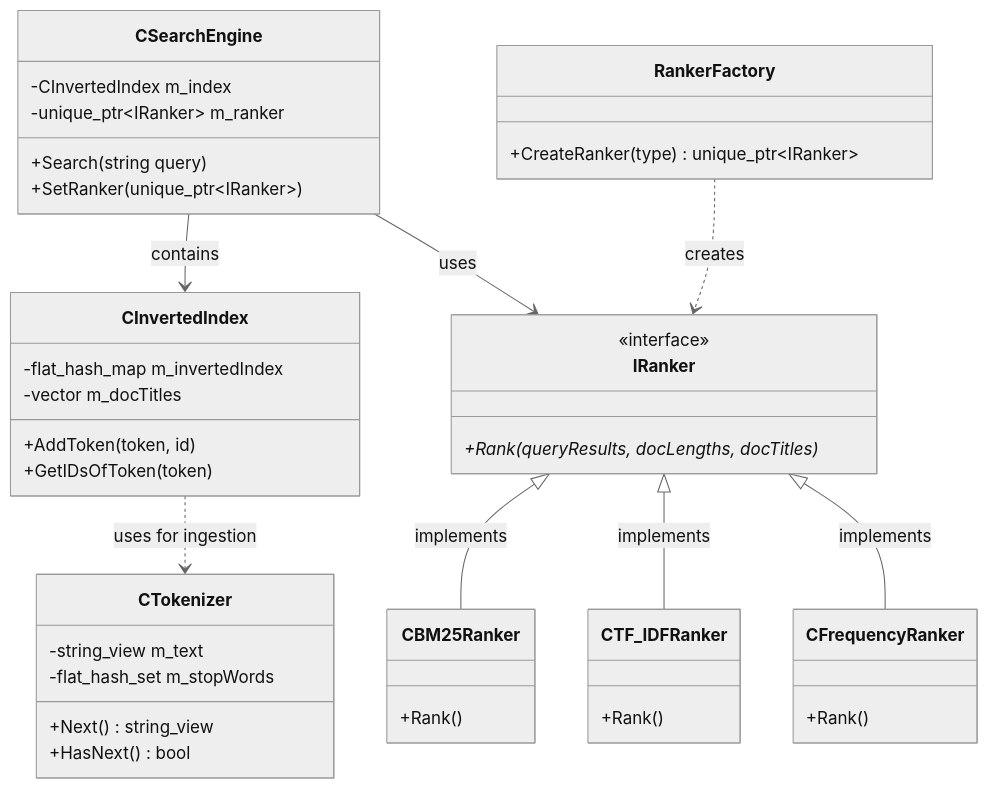
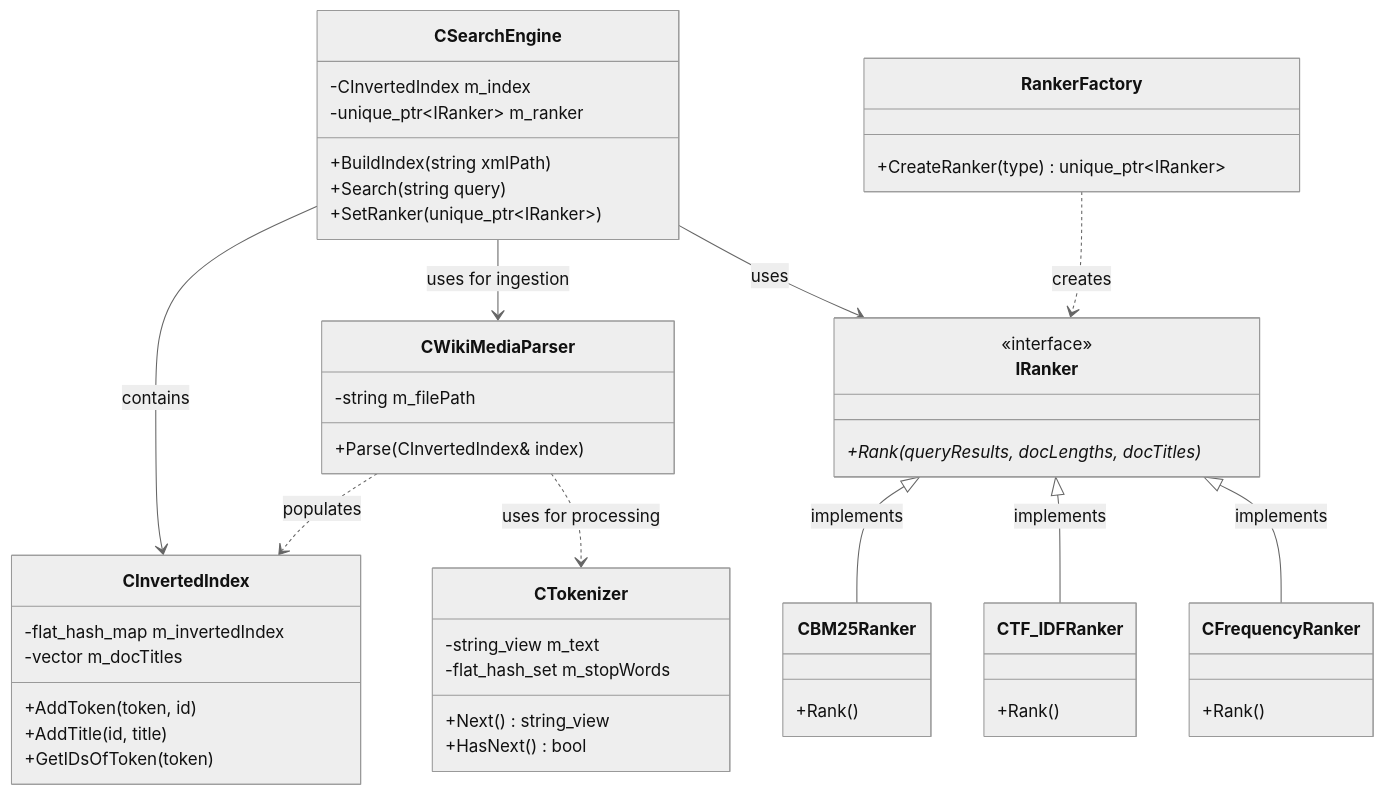
Before and after one commit to HaimAsh/SearchEngine: the diagram in README.md, drawn with Mermaid (neutral theme).

Commit message:
added CWikimediaParser

````diff
--- a/README.md
+++ b/README.md
@@ -26,52 +26,61 @@
 ```mermaid
 classDiagram
-class CSearchEngine {
--CInvertedIndex m_index
--unique_ptr~IRanker~ m_ranker
-+Search(string query)
-+SetRanker(unique_ptr~IRanker~)
-}
+    class CSearchEngine {
+        -CInvertedIndex m_index
+        -unique_ptr~IRanker~ m_ranker
+        +BuildIndex(string xmlPath)
+        +Search(string query)
+        +SetRanker(unique_ptr~IRanker~)
+    }
+
+    class CWikiMediaParser {
+        -string m_filePath
+        +Parse(CInvertedIndex& index)
+    }
 
     class CTokenizer {
         -string_view m_text
         -flat_hash_set m_stopWords
         +Next() string_view
         +HasNext() bool
     }
 
     class CInvertedIndex {
         -flat_hash_map m_invertedIndex
         -vector m_docTitles
         +AddToken(token, id)
+        +AddTitle(id, title)
         +GetIDsOfToken(token)
     }
 
     class IRanker {
         <<interface>>
         +Rank(queryResults, docLengths, docTitles)*
     }
 
     class CBM25Ranker {
         +Rank()
     }
 
     class CTF_IDFRanker {
         +Rank()
     }
 
     class CFrequencyRanker {
         +Rank()
     }
 
     class RankerFactory {
         +CreateRanker(type) unique_ptr~IRanker~
     }
 
+    CSearchEngine --> CWikiMediaParser : uses for ingestion
     CSearchEngine --> CInvertedIndex : contains
     CSearchEngine --> IRanker : uses
-    CInvertedIndex ..> CTokenizer : uses for ingestion
+    CWikiMediaParser ..> CInvertedIndex : populates
+    CWikiMediaParser ..> CTokenizer : uses for processing
     IRanker <|-- CBM25Ranker : implements
     IRanker <|-- CTF_IDFRanker : implements
     IRanker <|-- CFrequencyRanker : implements
     RankerFactory ..> IRanker : creates
 ```
````
